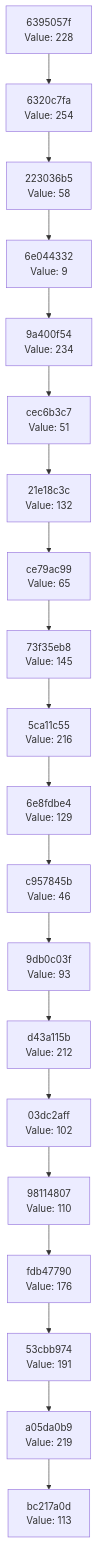
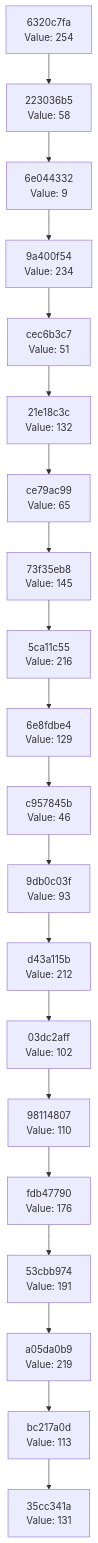
Before and after one commit to Abhisheksinha1506/hash-chain-evolver: the diagram in docs/CHAIN_VISUALIZATION.md, drawn with Mermaid. The commit also changed 1 other file, not shown here.

Commit message:
Evolution step: hash 0x83 → action executed

````diff
--- a/docs/CHAIN_VISUALIZATION.md
+++ b/docs/CHAIN_VISUALIZATION.md
@@ -3,42 +3,42 @@
 ```mermaid
 graph TD
-    C0["bc217a0d<br/>Value: 113"]
-    C1["a05da0b9<br/>Value: 219"]
+    C0["35cc341a<br/>Value: 131"]
+    C1["bc217a0d<br/>Value: 113"]
     C1 --> C0
-    C2["53cbb974<br/>Value: 191"]
+    C2["a05da0b9<br/>Value: 219"]
     C2 --> C1
-    C3["fdb47790<br/>Value: 176"]
+    C3["53cbb974<br/>Value: 191"]
     C3 --> C2
-    C4["98114807<br/>Value: 110"]
+    C4["fdb47790<br/>Value: 176"]
     C4 --> C3
-    C5["03dc2aff<br/>Value: 102"]
+    C5["98114807<br/>Value: 110"]
     C5 --> C4
-    C6["d43a115b<br/>Value: 212"]
+    C6["03dc2aff<br/>Value: 102"]
     C6 --> C5
-    C7["9db0c03f<br/>Value: 93"]
+    C7["d43a115b<br/>Value: 212"]
     C7 --> C6
-    C8["c957845b<br/>Value: 46"]
+    C8["9db0c03f<br/>Value: 93"]
     C8 --> C7
-    C9["6e8fdbe4<br/>Value: 129"]
+    C9["c957845b<br/>Value: 46"]
     C9 --> C8
-    C10["5ca11c55<br/>Value: 216"]
+    C10["6e8fdbe4<br/>Value: 129"]
     C10 --> C9
-    C11["73f35eb8<br/>Value: 145"]
+    C11["5ca11c55<br/>Value: 216"]
     C11 --> C10
-    C12["ce79ac99<br/>Value: 65"]
+    C12["73f35eb8<br/>Value: 145"]
     C12 --> C11
-    C13["21e18c3c<br/>Value: 132"]
+    C13["ce79ac99<br/>Value: 65"]
     C13 --> C12
-    C14["cec6b3c7<br/>Value: 51"]
+    C14["21e18c3c<br/>Value: 132"]
     C14 --> C13
-    C15["9a400f54<br/>Value: 234"]
+    C15["cec6b3c7<br/>Value: 51"]
     C15 --> C14
-    C16["6e044332<br/>Value: 9"]
+    C16["9a400f54<br/>Value: 234"]
     C16 --> C15
-    C17["223036b5<br/>Value: 58"]
+    C17["6e044332<br/>Value: 9"]
     C17 --> C16
-    C18["6320c7fa<br/>Value: 254"]
+    C18["223036b5<br/>Value: 58"]
     C18 --> C17
-    C19["6395057f<br/>Value: 228"]
+    C19["6320c7fa<br/>Value: 254"]
     C19 --> C18
 ```
````
